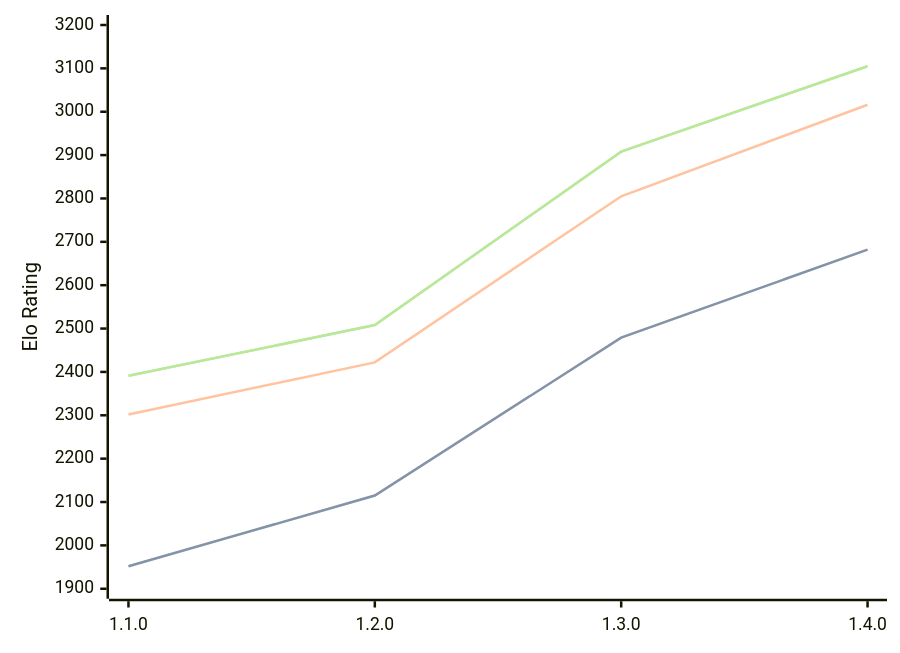
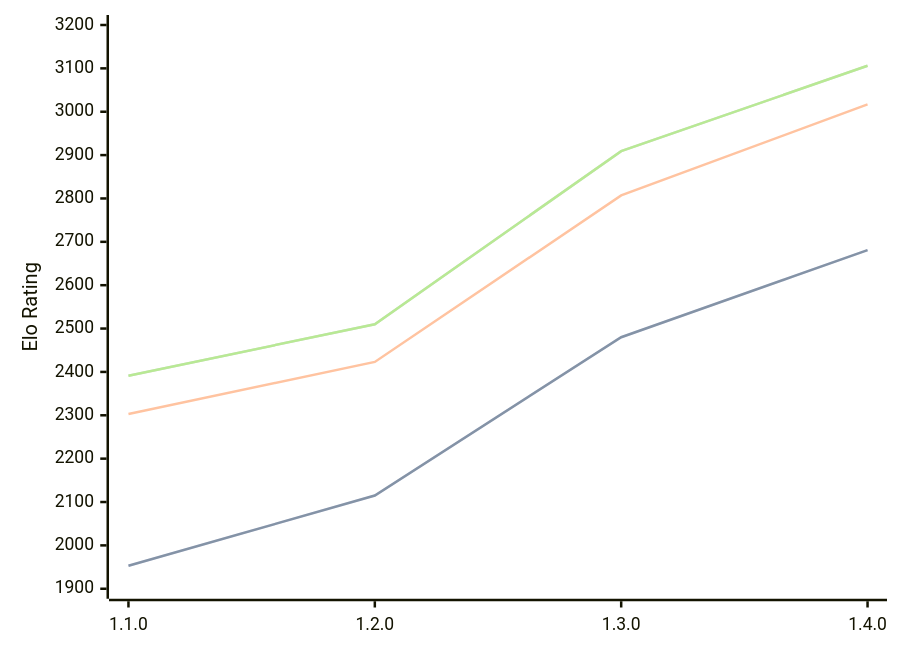
The diagram in engines/Gyatso.md (computer-chess-index/cci), drawn with Mermaid before and after one commit. The commit also changed other lines of this file, not shown here.

Commit message:
Update CCI Ratings (ELO VLTC) - 2026-08-15

````diff
--- a/engines/Gyatso.md
+++ b/engines/Gyatso.md
@@ -36,11 +36,11 @@
 ```mermaid
 %%{init: {"theme":"base","themeVariables":{"seriesColors:['#a3a3a3','#222221','#faa371']}}}%%
 xychart-beta
   x-axis ["1.1.0", "1.2.0", "1.3.0", "1.4.0"]
   y-axis "Elo Rating" 1900 --> 3200
-  line "STC (8.0+0.08s)" [1952, 2115, 2479, 2682]
-  line "STC (8.0+0.08s)" [1952, 2115, 2479, 2682]
-  line "LTC (60.0+0.60s)" [2302, 2422, 2805, 3016]
-  line "VLTC (2m24s+1.12s)" [2391, 2508, 2908, 3105]
-  line "VLTC (2m24s+1.12s)" [2391, 2508, 2908, 3105]
+  line "STC (8.0+0.08s)" [1953, 2115, 2480, 2681]
+  line "STC (8.0+0.08s)" [1953, 2115, 2480, 2681]
+  line "LTC (60.0+0.60s)" [2303, 2423, 2807, 3017]
+  line "VLTC (2m24s+1.12s)" [2391, 2510, 2909, 3106]
+  line "VLTC (2m24s+1.12s)" [2391, 2510, 2909, 3106]
 ```
````
